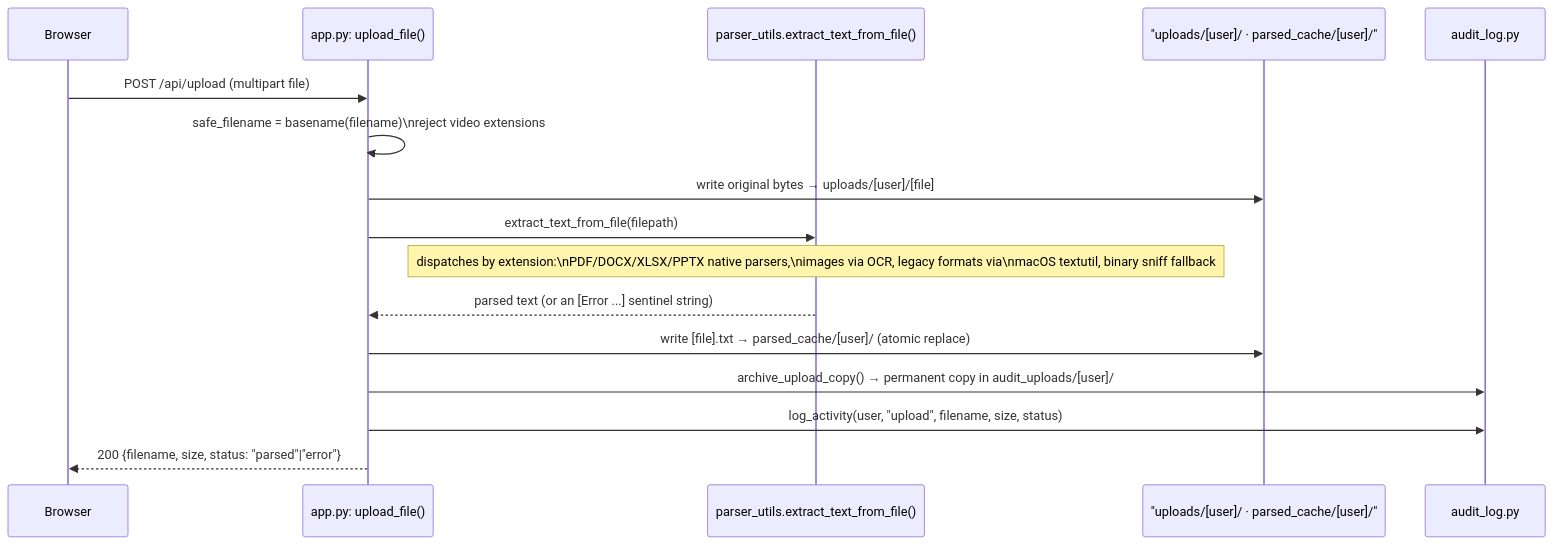
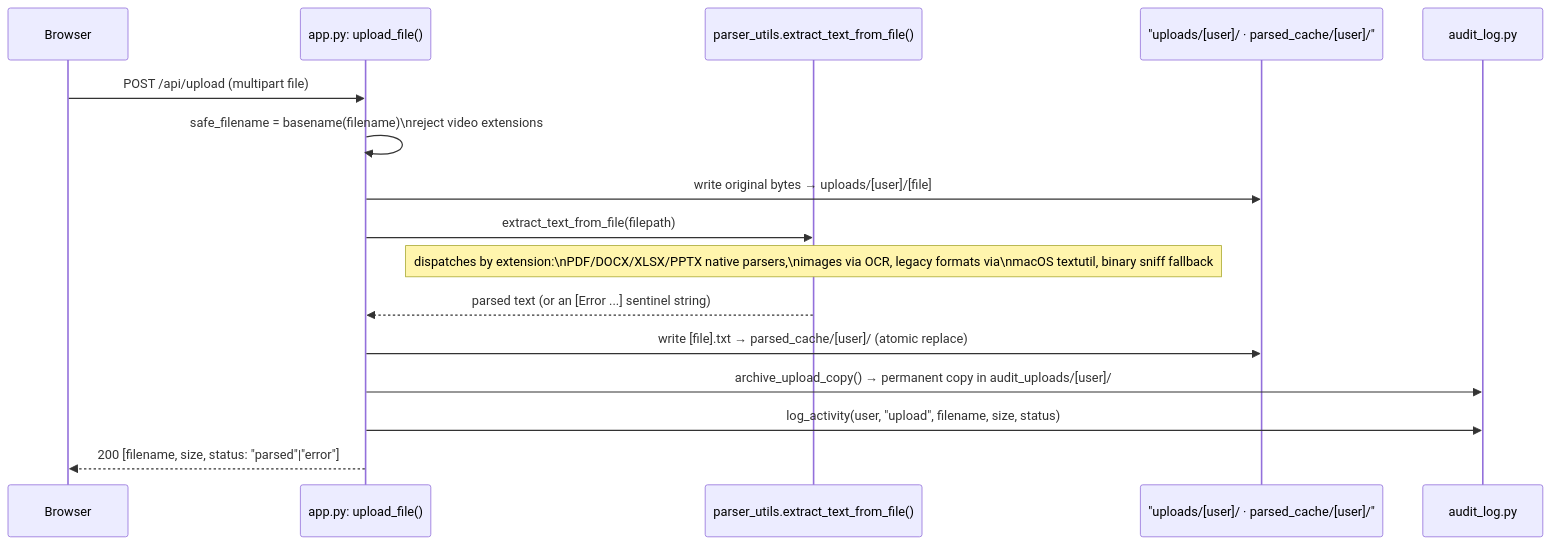
One commit to Karang1908/Sift changed the sixth of 10 diagrams in ARCHITECTURE.md. Above: the diagram before and after it, drawn with Mermaid. The commit also changed other lines of this file, not shown here.

Commit message:
Fix diagram formatting issues in section 5, 7, 8, and 9 of ARCHITECTURE.md

````diff
--- a/ARCHITECTURE.md
+++ b/ARCHITECTURE.md
@@ -297,19 +297,19 @@
 ```mermaid
 sequenceDiagram
     participant B as Browser
     participant S as app.py: upload_file()
     participant P as parser_utils.extract_text_from_file()
     participant FS as "uploads/[user]/ · parsed_cache/[user]/"
     participant AL as audit_log.py
 
     B->>S: POST /api/upload (multipart file)
     S->>S: safe_filename = basename(filename)\nreject video extensions
     S->>FS: write original bytes → uploads/[user]/[file]
     S->>P: extract_text_from_file(filepath)
     Note over P: dispatches by extension:\nPDF/DOCX/XLSX/PPTX native parsers,\nimages via OCR, legacy formats via\nmacOS textutil, binary sniff fallback
     P-->>S: parsed text (or an [Error ...] sentinel string)
     S->>FS: write [file].txt → parsed_cache/[user]/ (atomic replace)
     S->>AL: archive_upload_copy() → permanent copy in audit_uploads/[user]/
     S->>AL: log_activity(user, "upload", filename, size, status)
-    S-->>B: 200 {filename, size, status: "parsed"|"error"}
+    S-->>B: 200 [filename, size, status: "parsed"|"error"]
 ```
````
